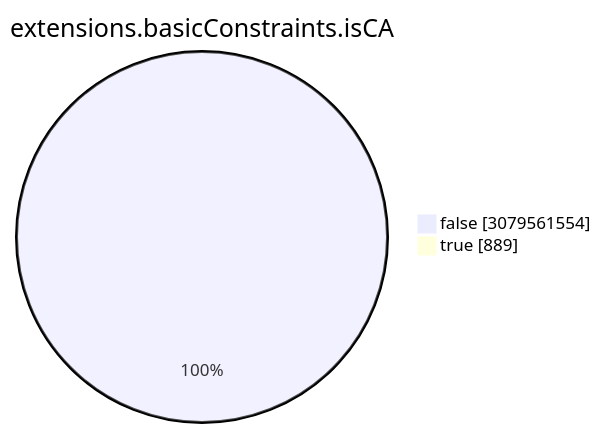
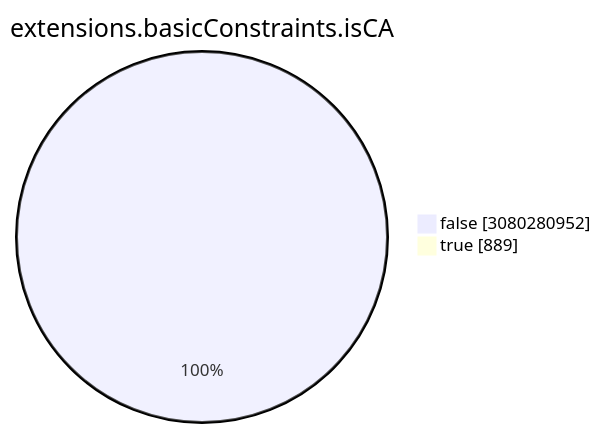
One commit to christiankrug/ctmonitor_visualization changed the seventh of 15 diagrams in TOTAL/README.md. Above: the diagram before and after it, drawn with Mermaid. The commit also changed other lines of this file, not shown here.

````diff
--- a/TOTAL/README.md
+++ b/TOTAL/README.md
@@ -3088,6 +3088,6 @@
 ```mermaid
 pie showData
 title extensions.basicConstraints.isCA
-"false" :3079561554
+"false" :3080280952
 "true" :889
 ```
````
